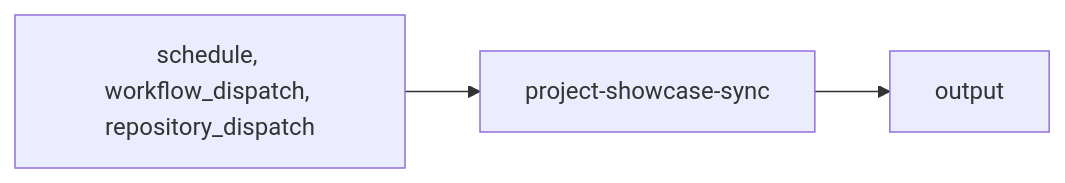
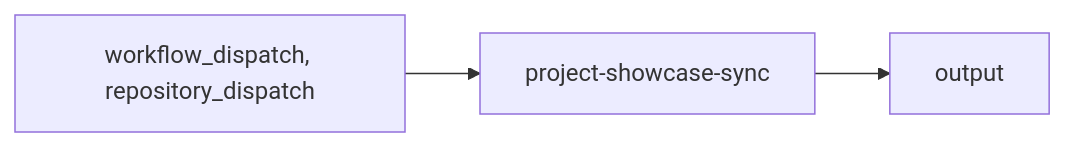
Before and after one commit to livepeer/docs: the diagram in .github/workspace/actions-library/integrators/copy/project-showcase-sync.mdx, drawn with Mermaid. The commit also changed other lines of this file and 2359 other files, not shown here.

````diff
--- a/.github/workspace/actions-library/integrators/copy/project-showcase-sync.mdx
+++ b/.github/workspace/actions-library/integrators/copy/project-showcase-sync.mdx
@@ -43,5 +43,5 @@
 ```mermaid
 graph LR
-    TRIGGER["schedule, workflow_dispatch, repository_dispatch"] --> WF["project-showcase-sync"]
+    TRIGGER["workflow_dispatch, repository_dispatch"] --> WF["project-showcase-sync"]
     WF --> OUTPUT["output"]
 ```
````
